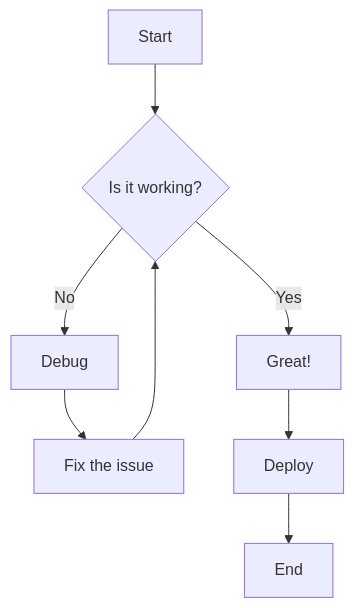
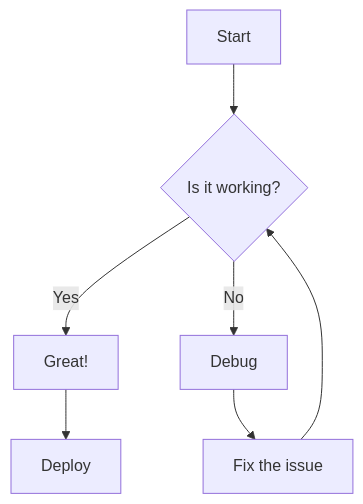
One commit to docmd-io/docs changed the first of 5 diagrams in docs/plugins/mermaid.md. Above: the diagram before and after it, drawn with Mermaid. The commit also changed other lines of this file and 47 other files, not shown here.

````diff
--- a/docs/plugins/mermaid.md
+++ b/docs/plugins/mermaid.md
@@ -33,10 +32,9 @@
 ```mermaid
 graph TD
     A[Start] --> B{Is it working?}
     B -->|Yes| C[Great!]
     B -->|No| D[Debug]
     D --> E[Fix the issue]
     E --> B
     C --> F[Deploy]
-    F --> G[End]
 ```
````
